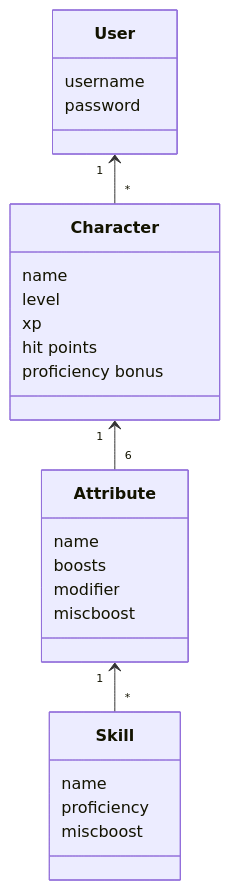
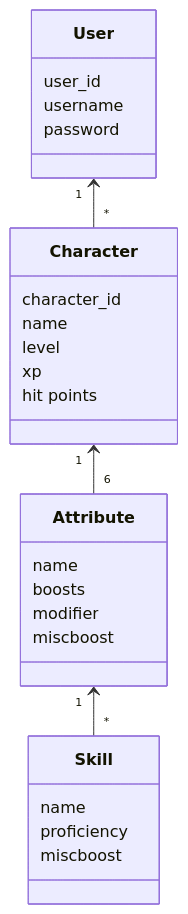
Before and after one commit to Regularmute/ot-harjoitustyo: the diagram in dokumentaatio/arkkitehtuuri.md, drawn with Mermaid. The commit also changed 4 other files, not shown here.

````diff
--- a/dokumentaatio/arkkitehtuuri.md
+++ b/dokumentaatio/arkkitehtuuri.md
@@ -1,28 +1,29 @@
 ```mermaid
   classDiagram
     User "1" <-- "*" Character
     Character "1" <-- "6" Attribute
     Attribute "1" <-- "*" Skill
     class User{
+      user_id
       username
       password
     }
     class Character{
+      character_id
       name
       level
       xp
       hit points
-      proficiency bonus
     }
     class Attribute{
       name
       boosts
       modifier
       miscboost
     }
     class Skill{
       name
       proficiency
       miscboost
     }
 ```
````
